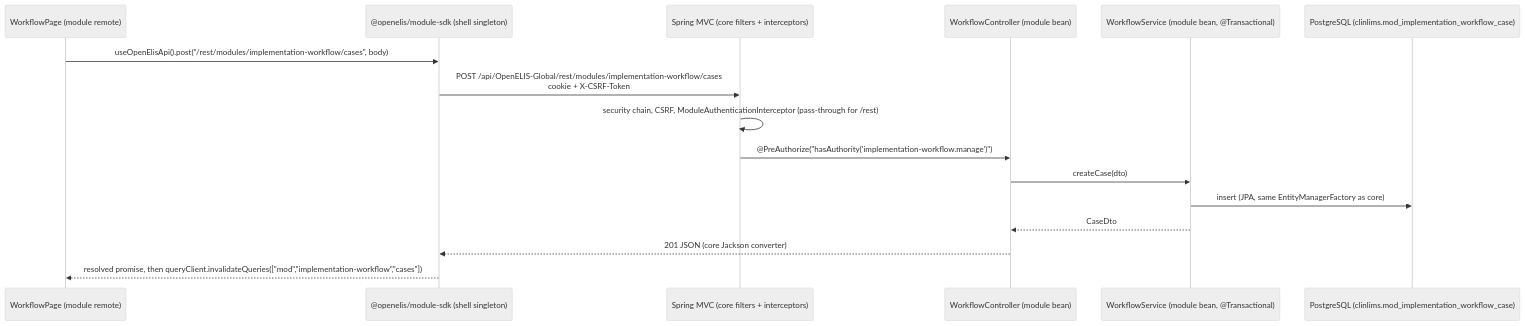
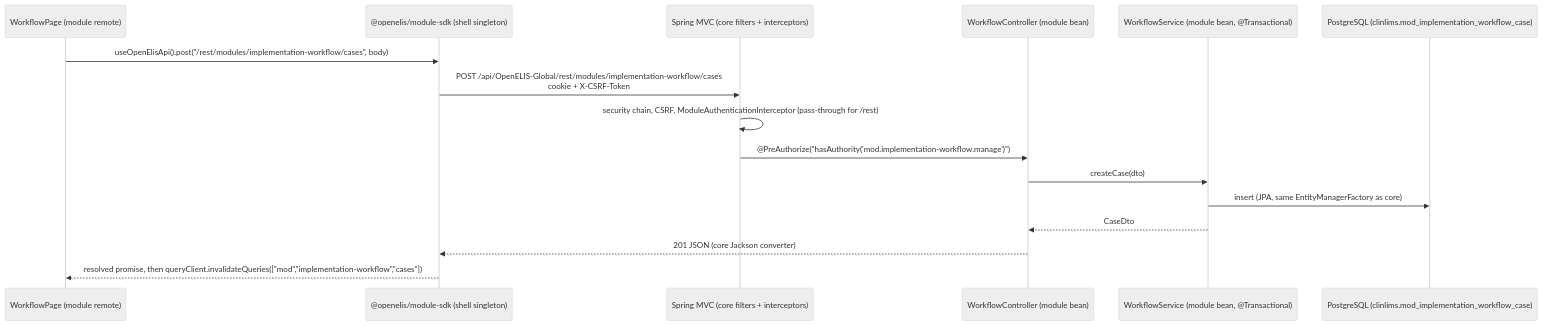
Before and after one commit to DIGI-UW/OpenELIS-Global-2: the sixth of 8 diagrams in specs/plans/module-system-architecture.md, drawn with Mermaid (neutral theme). The commit also changed other lines of this file, not shown here.

First line of the commit message:
docs(architecture): address review on the module system design (OGC-1577)

````diff
--- a/specs/plans/module-system-architecture.md
+++ b/specs/plans/module-system-architecture.md
@@ -778,18 +780,18 @@
 ```mermaid
 sequenceDiagram
   participant P as WorkflowPage (module remote)
   participant SDK as @openelis/module-sdk (shell singleton)
   participant S as Spring MVC (core filters + interceptors)
   participant C as WorkflowController (module bean)
   participant Svc as WorkflowService (module bean, @Transactional)
   participant DB as PostgreSQL (clinlims.mod_implementation_workflow_case)
   P->>SDK: useOpenElisApi().post("/rest/modules/implementation-workflow/cases", body)
   SDK->>S: POST /api/OpenELIS-Global/rest/modules/implementation-workflow/cases<br/>cookie + X-CSRF-Token
   S->>S: security chain, CSRF, ModuleAuthenticationInterceptor (pass-through for /rest)
-  S->>C: @PreAuthorize("hasAuthority('implementation-workflow.manage')")
+  S->>C: @PreAuthorize("hasAuthority('mod.implementation-workflow.manage')")
   C->>Svc: createCase(dto)
   Svc->>DB: insert (JPA, same EntityManagerFactory as core)
   Svc-->>C: CaseDto
   C-->>SDK: 201 JSON (core Jackson converter)
   SDK-->>P: resolved promise, then queryClient.invalidateQueries(["mod","implementation-workflow","cases"])
 ```
````
